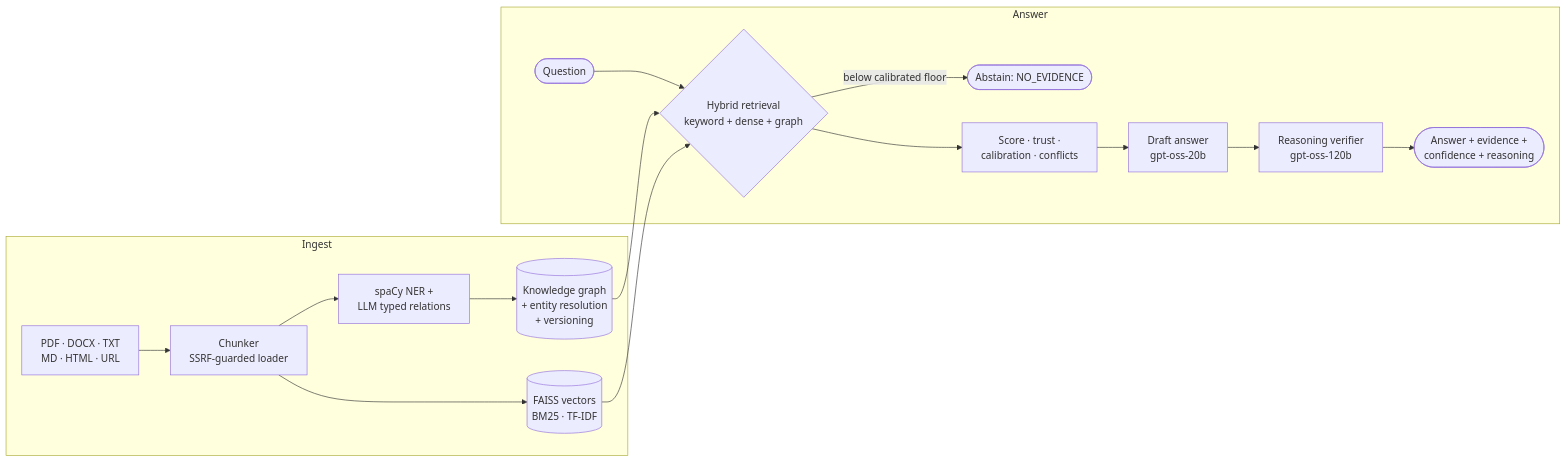
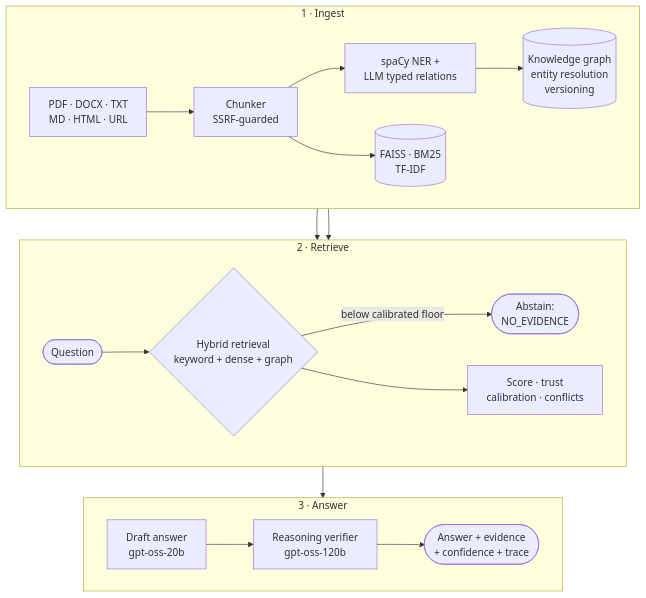
Before and after one commit to saurabhshreni-cmyk/GraphRAG-Plus: the diagram in README.md, drawn with Mermaid.

Commit message:
docs: stack the architecture diagram so it fits GitHub's width

````diff
--- a/README.md
+++ b/README.md
@@ -75,19 +75,23 @@
 ```mermaid
-flowchart LR
-    subgraph Ingest
-        A[PDF · DOCX · TXT<br/>MD · HTML · URL] --> B[Chunker<br/>SSRF-guarded loader]
+flowchart TB
+    subgraph Ingest["1 · Ingest"]
+        direction LR
+        A[PDF · DOCX · TXT<br/>MD · HTML · URL] --> B[Chunker<br/>SSRF-guarded]
         B --> C[spaCy NER +<br/>LLM typed relations]
-        C --> D[(Knowledge graph<br/>+ entity resolution<br/>+ versioning)]
-        B --> E[(FAISS vectors<br/>BM25 · TF-IDF)]
+        C --> D[(Knowledge graph<br/>entity resolution<br/>versioning)]
+        B --> E[(FAISS · BM25<br/>TF-IDF)]
     end
-    subgraph Answer
+    subgraph Retrieve["2 · Retrieve"]
+        direction LR
         Q([Question]) --> R{Hybrid retrieval<br/>keyword + dense + graph}
-        D --> R
-        E --> R
-        R -->|below calibrated floor| X([Abstain: NO_EVIDENCE])
-        R --> S[Score · trust ·<br/>calibration · conflicts]
-        S --> G[Draft answer<br/>gpt-oss-20b]
-        G --> V[Reasoning verifier<br/>gpt-oss-120b]
-        V --> O([Answer + evidence +<br/>confidence + reasoning])
+        R -->|below calibrated floor| X([Abstain:<br/>NO_EVIDENCE])
+        R --> S[Score · trust<br/>calibration · conflicts]
     end
+    subgraph Answer["3 · Answer"]
+        direction LR
+        G[Draft answer<br/>gpt-oss-20b] --> V[Reasoning verifier<br/>gpt-oss-120b] --> O([Answer + evidence<br/>+ confidence + trace])
+    end
+    D --> R
+    E --> R
+    S --> G
 ```
````
